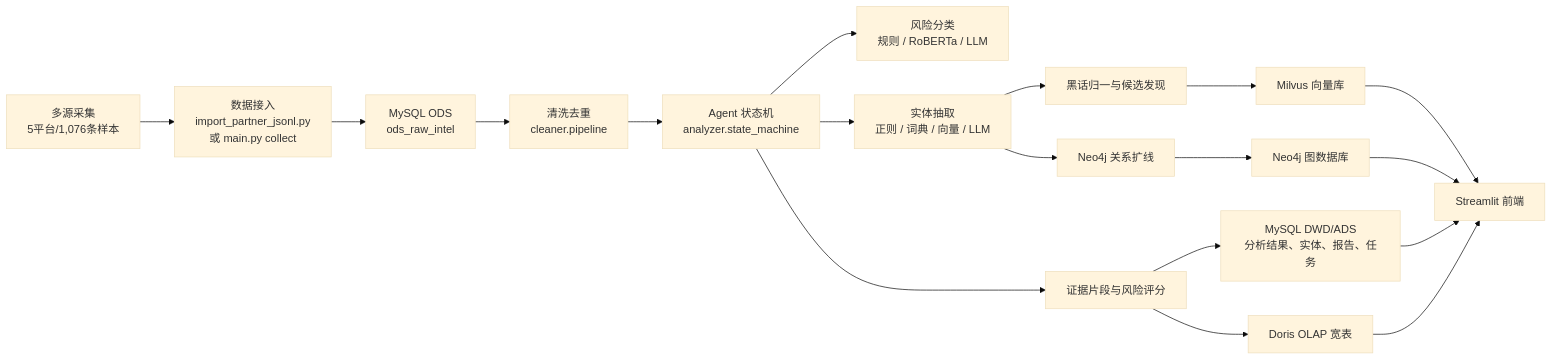
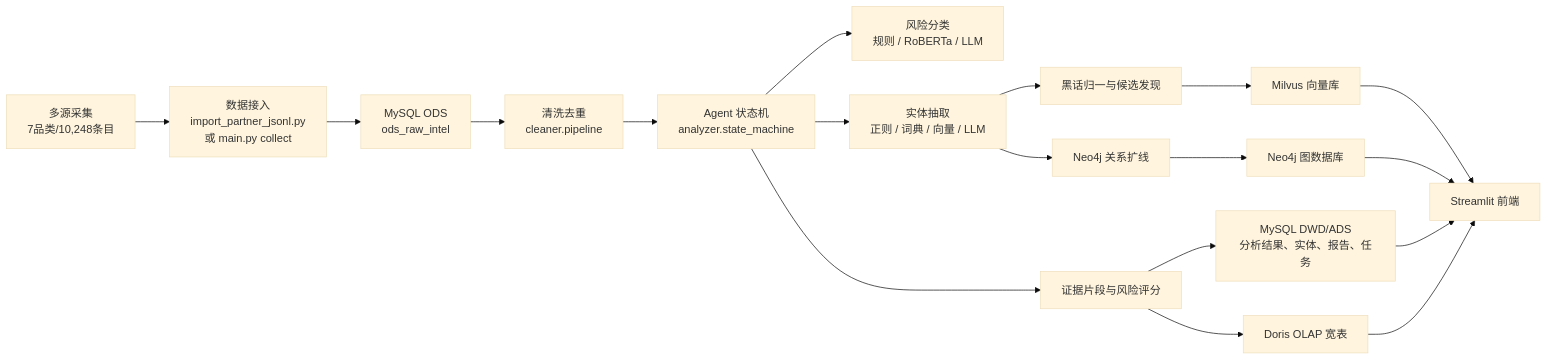
Before and after one commit to lym250772-hue/BGI: the first of 4 diagrams in README.md, drawn with Mermaid (base theme). The commit also changed other lines of this file and 61 other files, not shown here.

````diff
--- a/README.md
+++ b/README.md
@@ -39,23 +42,23 @@
 ```mermaid
 flowchart LR
-    A["多源采集\n5平台/1,076条样本"] --> B["数据接入\nimport_partner_jsonl.py\n或 main.py collect"]
+    A["多源采集\n7品类/10,248条目"] --> B["数据接入\nimport_partner_jsonl.py\n或 main.py collect"]
     B --> C["MySQL ODS\nods_raw_intel"]
     C --> D["清洗去重\ncleaner.pipeline"]
     D --> E["Agent 状态机\nanalyzer.state_machine"]
 
     E --> F["风险分类\n规则 / RoBERTa / LLM"]
     E --> G["实体抽取\n正则 / 词典 / 向量 / LLM"]
     G --> H["黑话归一与候选发现"]
     G --> I["Neo4j 关系扩线"]
     E --> J["证据片段与风险评分"]
 
     J --> K["MySQL DWD/ADS\n分析结果、实体、报告、任务"]
     I --> L["Neo4j 图数据库"]
     H --> M["Milvus 向量库"]
     J --> N["Doris OLAP 宽表"]
 
     K --> O["Streamlit 前端"]
     L --> O
     M --> O
     N --> O
 ```
````
